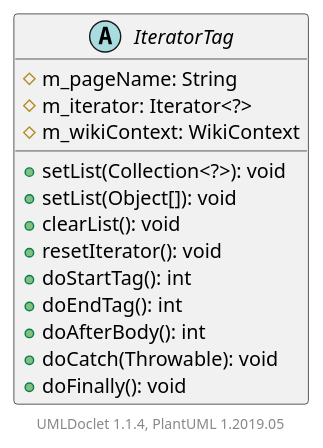
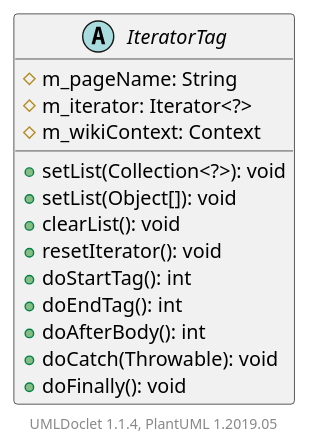
Before and after one commit to apache/jspwiki-site: the diagram in apidocs/2.11.0.M7-SNAPSHOT/org/apache/wiki/tags/IteratorTag.puml, drawn with PlantUML. The commit also changed 1432 other files, not shown here.

```diff
--- a/apidocs/2.11.0.M7-SNAPSHOT/org/apache/wiki/tags/IteratorTag.puml
+++ b/apidocs/2.11.0.M7-SNAPSHOT/org/apache/wiki/tags/IteratorTag.puml
@@ -1,20 +1,20 @@
 @startuml
 
     abstract class IteratorTag [[IteratorTag.html]] {
         #m_pageName: String
         #m_iterator: Iterator<?>
-        #m_wikiContext: WikiContext
+        #m_wikiContext: Context
         +setList(Collection<?>): void
         +setList(Object[]): void
         +clearList(): void
         +resetIterator(): void
         +doStartTag(): int
         +doEndTag(): int
         +doAfterBody(): int
         +doCatch(Throwable): void
         +doFinally(): void
     }
 
 
     center footer UMLDoclet 1.1.4, PlantUML 1.2019.05
 @enduml
```
